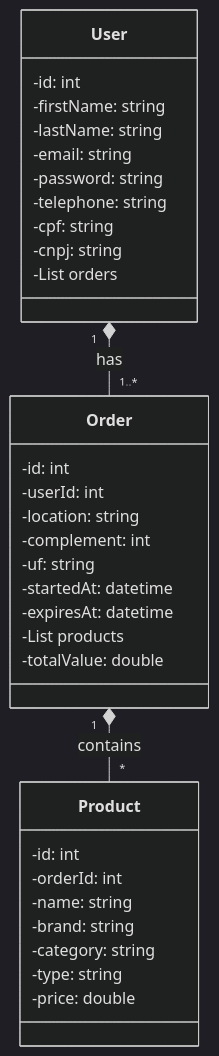
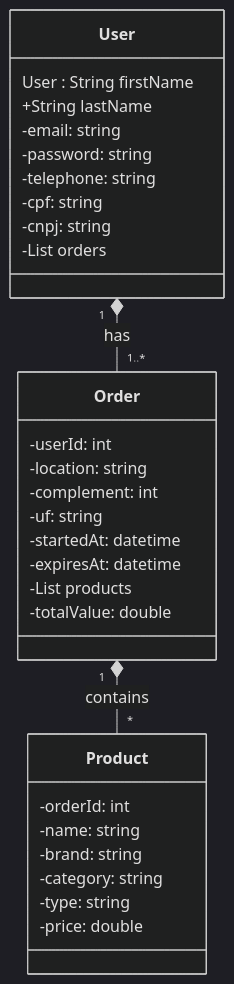
One commit to lucasvir/luzcameraacao-api changed the diagram in README.md. Above: the diagram before and after it, drawn with Mermaid (dark theme).

````diff
--- a/README.md
+++ b/README.md
@@ -5,39 +5,36 @@
 ```mermaid
 classDiagram
     class User {
-        -id: int
-        -firstName: string
-        -lastName: string
+        User : String firstName
+        +String lastName
         -email: string
         -password: string
         -telephone: string
         -cpf: string
         -cnpj: string
         -List<Order> orders
     }
     
     class Order {
-        -id: int
         -userId: int
         -location: string
         -complement: int
         -uf: string
         -startedAt: datetime
         -expiresAt: datetime
         -List<Product> products
         -totalValue: double
     }
     
     class Product {
-        -id: int
         -orderId: int
         -name: string
         -brand: string
         -category: string
         -type: string
         -price: double
     }
     
     User "1" *-- "1..*" Order : has
     Order "1" *-- "*" Product : contains
 ```
````
